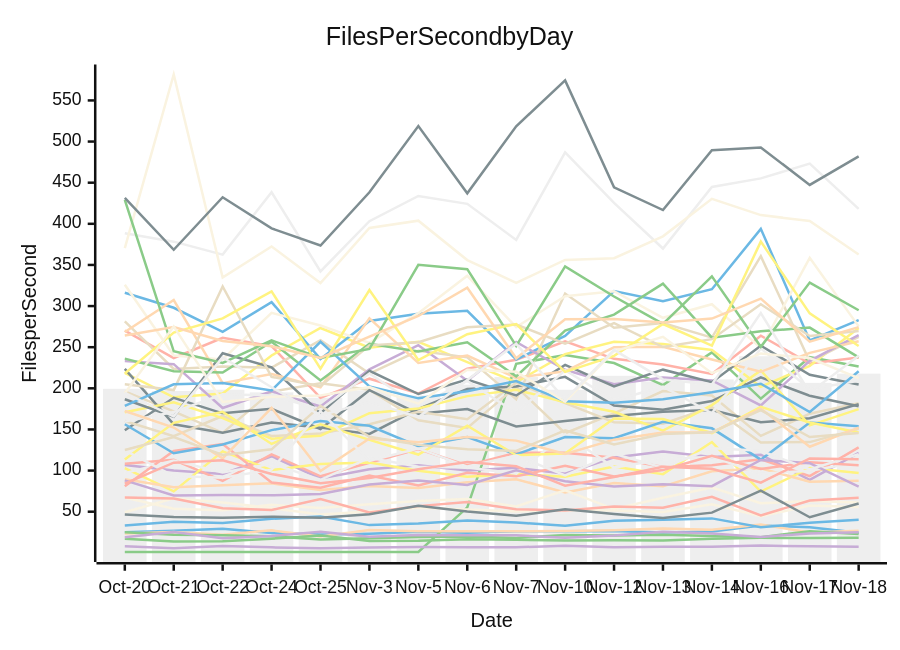
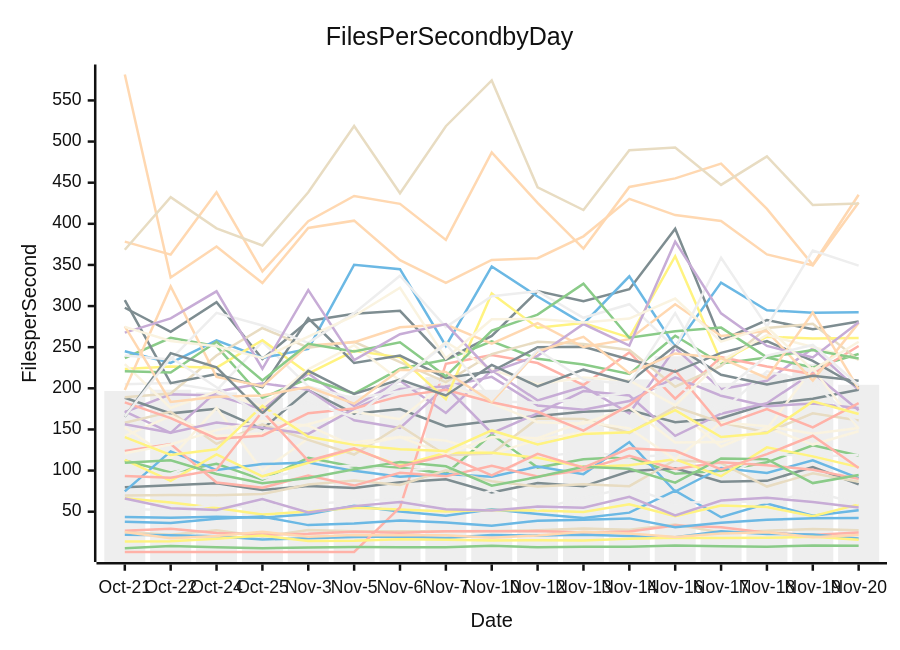
One commit to streetsidesoftware/cspell changed the diagram in perf-report.md. Above: the diagram before and after it, drawn with Mermaid (neutral theme). The commit also changed other lines of this file and 2 other files, not shown here.

````diff
--- a/perf-report.md
+++ b/perf-report.md
@@ -11,57 +11,57 @@
 ```mermaid
 xychart-beta
     title Files Per Second by Day
     y-axis Files per Second
-    x-axis Date [Oct-20, Oct-21, Oct-22, Oct-24, Oct-25, Nov-3, Nov-5, Nov-6, Nov-7, Nov-10, Nov-12, Nov-13, Nov-14, Nov-16, Nov-17, Nov-18]
-    bar [199.37, 196.79, 198.31, 195.08, 188.50, 197.53, 191.30, 204.37, 213.67, 198.26, 215.23, 208.25, 210.82, 238.97, 206.65, 217.84]
-    line [24.95, 26.96, 29.32, 24.14, 22.37, 23.30, 25.53, 24.38, 26.29, 26.08, 26.42, 24.81, 25.86, 33.28, 31.19, 24.38]
-    line [1.00, 1.00, 1.00, 1.00, 1.00, 1.00, 1.00, 55.24, 229.88, 240.51, 230.78, 203.89, 243.63, 187.42, 237.86, 226.45]
-    line [7.96, 5.55, 8.36, 6.66, 5.63, 6.55, 6.95, 6.80, 6.70, 8.74, 6.68, 7.36, 7.28, 8.89, 7.86, 7.37]
-    line [196.36, 171.90, 145.85, 195.93, 206.22, 198.17, 161.08, 151.81, 202.09, 145.44, 169.46, 196.60, 191.20, 142.18, 169.19, 181.94]
-    line [270.15, 236.87, 261.40, 251.33, 188.47, 211.71, 193.66, 223.97, 234.72, 257.12, 235.87, 229.04, 217.57, 263.96, 230.17, 237.48]
-    line [218.77, 189.13, 193.68, 239.98, 273.35, 249.43, 256.58, 231.73, 207.54, 241.66, 256.57, 253.87, 246.51, 201.92, 227.28, 273.31]
-    line [148.98, 188.53, 169.56, 175.04, 150.51, 197.71, 169.15, 174.81, 153.55, 160.37, 166.32, 171.57, 173.57, 158.65, 163.60, 180.83]
-    line [23.43, 25.33, 21.92, 27.33, 19.75, 27.62, 26.37, 26.13, 26.22, 26.38, 27.41, 29.67, 28.01, 34.46, 24.62, 26.88]
-    line [49.27, 66.25, 61.14, 54.40, 46.46, 50.11, 54.79, 52.56, 50.32, 52.20, 51.35, 49.71, 59.15, 44.39, 57.39, 55.71]
-    line [388.55, 378.31, 362.57, 438.35, 342.13, 403.12, 433.88, 424.28, 380.40, 486.76, 425.45, 369.94, 444.86, 455.23, 473.19, 418.11]
-    line [316.16, 297.94, 268.60, 304.78, 235.63, 281.78, 290.77, 294.19, 235.16, 263.73, 318.29, 305.89, 320.49, 393.89, 258.23, 282.90]
-    line [25.16, 22.03, 21.51, 20.05, 16.33, 17.58, 19.22, 19.85, 18.09, 21.66, 21.06, 21.89, 20.40, 19.08, 26.32, 22.99]
-    line [106.77, 99.95, 95.97, 117.43, 90.38, 101.68, 106.46, 99.98, 103.28, 96.07, 116.03, 123.18, 116.39, 119.25, 88.82, 121.42]
-    line [281.48, 223.48, 226.53, 225.12, 258.41, 217.89, 245.63, 237.62, 186.76, 315.24, 273.68, 279.33, 261.66, 360.61, 232.56, 262.68]
-    line [108.27, 113.06, 87.44, 119.66, 93.04, 109.58, 126.12, 106.10, 121.67, 121.71, 115.58, 104.23, 106.50, 113.74, 93.16, 128.26]
-    line [103.01, 74.73, 123.30, 100.60, 107.93, 109.66, 99.65, 92.58, 95.73, 92.52, 104.99, 95.65, 134.65, 74.54, 103.19, 97.14]
-    line [223.58, 156.27, 146.04, 158.31, 152.20, 144.51, 175.00, 199.16, 202.30, 213.91, 179.15, 174.06, 184.56, 213.36, 190.95, 178.24]
-    line [89.41, 79.60, 82.04, 84.51, 76.34, 81.22, 78.86, 85.82, 89.51, 73.32, 84.82, 80.81, 99.19, 102.74, 86.40, 87.53]
-    line [326.00, 239.93, 235.04, 291.68, 276.40, 255.29, 291.36, 336.81, 274.44, 312.01, 318.04, 285.73, 302.25, 248.86, 358.68, 275.32]
-    line [96.85, 112.31, 97.68, 108.35, 88.82, 115.43, 104.61, 103.62, 96.31, 144.08, 103.66, 113.77, 116.66, 96.10, 99.72, 110.04]
-    line [33.11, 37.81, 36.24, 41.43, 44.03, 33.69, 35.67, 39.33, 36.78, 32.79, 39.05, 40.14, 41.86, 31.03, 36.52, 40.13]
-    line [17.05, 13.85, 14.03, 17.10, 21.05, 14.31, 14.75, 16.57, 15.81, 15.06, 15.24, 15.00, 17.22, 18.21, 17.91, 18.25]
-    line [233.06, 229.37, 176.10, 196.37, 177.90, 223.12, 252.36, 209.33, 256.35, 222.55, 205.03, 213.07, 209.57, 179.17, 233.46, 264.64]
-    line [160.22, 141.81, 166.38, 141.94, 145.19, 156.42, 171.45, 162.38, 206.93, 182.01, 158.84, 156.97, 177.01, 134.15, 134.60, 150.67]
-    line [80.94, 123.93, 132.34, 85.53, 79.17, 93.87, 81.75, 97.21, 92.97, 105.80, 92.86, 100.80, 118.00, 101.99, 110.02, 106.56]
-    line [170.91, 182.97, 163.77, 138.75, 142.39, 169.82, 175.50, 190.52, 198.14, 183.09, 171.50, 148.66, 179.60, 221.70, 154.91, 174.70]
-    line [186.73, 165.39, 242.72, 225.43, 169.80, 221.29, 193.06, 210.68, 191.30, 228.42, 202.21, 222.67, 207.51, 251.74, 216.50, 204.65]
-    line [268.53, 307.28, 206.33, 217.49, 201.10, 285.18, 230.89, 239.86, 212.69, 220.64, 249.81, 250.50, 234.95, 220.08, 243.07, 257.31]
-    line [67.15, 53.54, 51.87, 58.31, 54.40, 59.05, 63.00, 65.34, 56.44, 75.90, 53.22, 66.88, 79.34, 60.36, 62.89, 61.13]
-    line [159.49, 171.10, 192.78, 191.37, 174.29, 217.96, 178.42, 209.10, 170.02, 221.91, 185.33, 201.98, 169.69, 248.53, 198.86, 209.17]
-    line [156.35, 121.08, 131.79, 149.18, 160.21, 154.52, 129.77, 140.65, 119.71, 140.68, 139.42, 159.42, 151.36, 113.27, 158.34, 153.96]
-    line [236.08, 220.88, 219.16, 256.62, 209.53, 254.06, 244.83, 256.05, 214.61, 270.08, 289.61, 327.30, 261.54, 269.45, 273.83, 237.58]
-    line [88.06, 69.61, 70.25, 69.88, 71.42, 83.10, 87.87, 82.40, 100.31, 86.94, 80.60, 83.49, 81.08, 112.95, 109.00, 80.57]
-    line [204.99, 197.92, 323.88, 213.93, 202.52, 252.23, 256.11, 274.23, 277.54, 254.29, 279.19, 250.20, 259.75, 302.13, 263.51, 269.60]
-    line [67.41, 66.13, 54.31, 52.03, 65.25, 49.02, 56.78, 61.66, 53.00, 51.36, 56.25, 54.79, 68.17, 45.48, 63.62, 67.01]
-    line [113.50, 158.05, 171.36, 132.38, 156.15, 137.28, 119.47, 154.44, 118.56, 120.82, 163.18, 162.73, 145.60, 177.40, 158.43, 146.21]
-    line [46.53, 43.54, 42.59, 43.99, 42.66, 46.86, 57.12, 50.26, 44.96, 52.89, 47.17, 42.40, 48.87, 75.68, 43.23, 59.94]
-    line [172.40, 152.34, 114.90, 176.25, 99.39, 139.03, 134.52, 140.79, 136.42, 120.17, 137.59, 146.37, 146.54, 175.32, 128.97, 152.20]
-    line [370.45, 581.53, 334.74, 372.46, 327.93, 394.96, 403.82, 355.89, 328.31, 356.02, 358.21, 384.78, 430.42, 410.61, 403.44, 362.79]
-    line [124.47, 93.34, 91.16, 101.08, 171.93, 111.86, 126.91, 104.86, 118.31, 94.15, 120.34, 103.60, 127.14, 124.11, 101.43, 119.96]
-    line [178.54, 204.92, 206.57, 197.43, 256.60, 202.25, 187.81, 196.52, 208.74, 184.16, 182.55, 186.64, 195.17, 205.52, 171.16, 220.75]
-    line [429.01, 245.01, 230.93, 258.25, 236.94, 247.84, 350.22, 344.89, 251.52, 348.16, 311.63, 278.27, 336.11, 250.48, 328.56, 294.90]
-    line [18.81, 25.32, 17.74, 20.58, 25.51, 19.46, 21.60, 21.45, 21.30, 18.35, 21.09, 25.51, 23.62, 19.35, 23.58, 25.01]
-    line [125.02, 140.68, 119.01, 125.81, 178.69, 141.07, 131.24, 125.88, 123.88, 148.80, 131.70, 144.48, 146.46, 173.42, 140.77, 145.68]
-    line [84.05, 109.59, 112.56, 95.92, 84.60, 91.01, 101.64, 110.52, 105.15, 81.62, 92.24, 104.72, 102.11, 85.32, 114.70, 113.79]
-    line [217.93, 267.67, 285.04, 317.95, 223.78, 319.42, 234.42, 265.85, 278.09, 219.92, 239.43, 278.17, 251.99, 378.34, 291.11, 251.52]
-    line [431.43, 368.45, 432.30, 394.44, 373.62, 438.31, 518.91, 437.11, 518.64, 574.29, 444.36, 416.74, 489.48, 492.83, 447.31, 482.01]
-    line [264.24, 274.64, 257.62, 251.09, 236.85, 262.94, 287.92, 322.31, 236.45, 283.86, 284.35, 279.96, 284.82, 309.10, 256.69, 274.41]
-    line [193.99, 275.35, 183.43, 189.64, 191.38, 201.59, 181.36, 222.61, 220.01, 183.65, 245.06, 262.64, 218.43, 242.38, 236.75, 212.37]
-    line [194.31, 165.66, 237.49, 201.27, 167.00, 183.56, 164.82, 210.07, 254.11, 186.18, 246.80, 210.80, 204.64, 291.50, 194.63, 239.67]
+    x-axis Date [Oct-21, Oct-22, Oct-24, Oct-25, Nov-3, Nov-5, Nov-6, Nov-7, Nov-10, Nov-12, Nov-13, Nov-14, Nov-16, Nov-17, Nov-18, Nov-19, Nov-20]
+    bar [196.79, 198.31, 195.08, 188.50, 197.53, 191.30, 204.37, 213.67, 198.26, 215.23, 208.25, 210.82, 238.97, 206.65, 217.84, 229.81, 204.28]
+    line [43.54, 42.59, 43.99, 42.66, 46.86, 57.12, 50.26, 44.96, 52.89, 47.17, 42.40, 48.87, 75.68, 43.23, 59.94, 45.01, 51.72]
+    line [112.31, 97.68, 108.35, 88.82, 115.43, 104.61, 103.62, 96.31, 144.08, 103.66, 113.77, 116.66, 96.10, 99.72, 110.04, 130.67, 118.22]
+    line [171.10, 192.78, 191.37, 174.29, 217.96, 178.42, 209.10, 170.02, 221.91, 185.33, 201.98, 169.69, 248.53, 198.86, 209.17, 248.49, 197.83]
+    line [25.33, 21.92, 27.33, 19.75, 27.62, 26.37, 26.13, 26.22, 26.38, 27.41, 29.67, 28.01, 34.46, 24.62, 26.88, 29.05, 27.58]
+    line [26.96, 29.32, 24.14, 22.37, 23.30, 25.53, 24.38, 26.29, 26.08, 26.42, 24.81, 25.86, 33.28, 31.19, 24.38, 21.77, 24.56]
+    line [66.25, 61.14, 54.40, 46.46, 50.11, 54.79, 52.56, 50.32, 52.20, 51.35, 49.71, 59.15, 44.39, 57.39, 55.71, 44.49, 58.88]
+    line [188.53, 169.56, 175.04, 150.51, 197.71, 169.15, 174.81, 153.55, 160.37, 166.32, 171.57, 173.57, 158.65, 163.60, 180.83, 187.20, 198.17]
+    line [378.31, 362.57, 438.35, 342.13, 403.12, 433.88, 424.28, 380.40, 486.76, 425.45, 369.94, 444.86, 455.23, 473.19, 418.11, 350.16, 435.36]
+    line [152.34, 114.90, 176.25, 99.39, 139.03, 134.52, 140.79, 136.42, 120.17, 137.59, 146.37, 146.54, 175.32, 128.97, 152.20, 131.62, 147.72]
+    line [99.95, 95.97, 117.43, 90.38, 101.68, 106.46, 99.98, 103.28, 96.07, 116.03, 123.18, 116.39, 119.25, 88.82, 121.42, 116.77, 119.13]
+    line [22.03, 21.51, 20.05, 16.33, 17.58, 19.22, 19.85, 18.09, 21.66, 21.06, 21.89, 20.40, 19.08, 26.32, 22.99, 22.31, 17.30]
+    line [236.87, 261.40, 251.33, 188.47, 211.71, 193.66, 223.97, 234.72, 257.12, 235.87, 229.04, 217.57, 263.96, 230.17, 237.48, 225.46, 241.65]
+    line [171.90, 145.85, 195.93, 206.22, 198.17, 161.08, 151.81, 202.09, 145.44, 169.46, 196.60, 191.20, 142.18, 169.19, 181.94, 218.95, 173.37]
+    line [158.05, 171.36, 132.38, 156.15, 137.28, 119.47, 154.44, 118.56, 120.82, 163.18, 162.73, 145.60, 177.40, 158.43, 146.21, 169.65, 160.77]
+    line [1.00, 1.00, 1.00, 1.00, 1.00, 1.00, 55.24, 229.88, 240.51, 230.78, 203.89, 243.63, 187.42, 237.86, 226.45, 217.28, 251.44]
+    line [13.85, 14.03, 17.10, 21.05, 14.31, 14.75, 16.57, 15.81, 15.06, 15.24, 15.00, 17.22, 18.21, 17.91, 18.25, 19.44, 15.85]
+    line [79.60, 82.04, 84.51, 76.34, 81.22, 78.86, 85.82, 89.51, 73.32, 84.82, 80.81, 99.19, 102.74, 86.40, 87.53, 104.19, 83.22]
+    line [25.32, 17.74, 20.58, 25.51, 19.46, 21.60, 21.45, 21.30, 18.35, 21.09, 25.51, 23.62, 19.35, 23.58, 25.01, 19.06, 21.71]
+    line [141.81, 166.38, 141.94, 145.19, 156.42, 171.45, 162.38, 206.93, 182.01, 158.84, 156.97, 177.01, 134.15, 134.60, 150.67, 224.37, 150.96]
+    line [53.54, 51.87, 58.31, 54.40, 59.05, 63.00, 65.34, 56.44, 75.90, 53.22, 66.88, 79.34, 60.36, 62.89, 61.13, 74.10, 59.99]
+    line [74.73, 123.30, 100.60, 107.93, 109.66, 99.65, 92.58, 95.73, 92.52, 104.99, 95.65, 134.65, 74.54, 103.19, 97.14, 112.35, 90.90]
+    line [5.55, 8.36, 6.66, 5.63, 6.55, 6.95, 6.80, 6.70, 8.74, 6.68, 7.36, 7.28, 8.89, 7.86, 7.37, 8.95, 8.51]
+    line [156.27, 146.04, 158.31, 152.20, 144.51, 175.00, 199.16, 202.30, 213.91, 179.15, 174.06, 184.56, 213.36, 190.95, 178.24, 181.48, 176.13]
+    line [69.61, 70.25, 69.88, 71.42, 83.10, 87.87, 82.40, 100.31, 86.94, 80.60, 83.49, 81.08, 112.95, 109.00, 80.57, 96.66, 86.29]
+    line [123.93, 132.34, 85.53, 79.17, 93.87, 81.75, 97.21, 92.97, 105.80, 92.86, 100.80, 118.00, 101.99, 110.02, 106.56, 100.86, 89.90]
+    line [113.06, 87.44, 119.66, 93.04, 109.58, 126.12, 106.10, 121.67, 121.71, 115.58, 104.23, 106.50, 113.74, 93.16, 128.26, 117.29, 104.16]
+    line [297.94, 268.60, 304.78, 235.63, 281.78, 290.77, 294.19, 235.16, 263.73, 318.29, 305.89, 320.49, 393.89, 258.23, 282.90, 271.83, 281.13]
+    line [581.53, 334.74, 372.46, 327.93, 394.96, 403.82, 355.89, 328.31, 356.02, 358.21, 384.78, 430.42, 410.61, 403.44, 362.79, 349.62, 425.99]
+    line [121.08, 131.79, 149.18, 160.21, 154.52, 129.77, 140.65, 119.71, 140.68, 139.42, 159.42, 151.36, 113.27, 158.34, 153.96, 144.89, 151.69]
+    line [204.92, 206.57, 197.43, 256.60, 202.25, 187.81, 196.52, 208.74, 184.16, 182.55, 186.64, 195.17, 205.52, 171.16, 220.75, 207.26, 156.32]
+    line [245.01, 230.93, 258.25, 236.94, 247.84, 350.22, 344.89, 251.52, 348.16, 311.63, 278.27, 336.11, 250.48, 328.56, 294.90, 291.94, 292.58]
+    line [109.59, 112.56, 95.92, 84.60, 91.01, 101.64, 110.52, 105.15, 81.62, 92.24, 104.72, 102.11, 85.32, 114.70, 113.79, 84.79, 94.70]
+    line [66.13, 54.31, 52.03, 65.25, 49.02, 56.78, 61.66, 53.00, 51.36, 56.25, 54.79, 68.17, 45.48, 63.62, 67.01, 61.66, 55.18]
+    line [189.13, 193.68, 239.98, 273.35, 249.43, 256.58, 231.73, 207.54, 241.66, 256.57, 253.87, 246.51, 201.92, 227.28, 273.31, 278.44, 234.26]
+    line [182.97, 163.77, 138.75, 142.39, 169.82, 175.50, 190.52, 198.14, 183.09, 171.50, 148.66, 179.60, 221.70, 154.91, 174.70, 152.47, 182.03]
+    line [223.48, 226.53, 225.12, 258.41, 217.89, 245.63, 237.62, 186.76, 315.24, 273.68, 279.33, 261.66, 360.61, 232.56, 262.68, 260.50, 261.27]
+    line [307.28, 206.33, 217.49, 201.10, 285.18, 230.89, 239.86, 212.69, 220.64, 249.81, 250.50, 234.95, 220.08, 243.07, 257.31, 233.28, 201.28]
+    line [197.92, 323.88, 213.93, 202.52, 252.23, 256.11, 274.23, 277.54, 254.29, 279.19, 250.20, 259.75, 302.13, 263.51, 269.60, 209.51, 279.56]
+    line [229.37, 176.10, 196.37, 177.90, 223.12, 252.36, 209.33, 256.35, 222.55, 205.03, 213.07, 209.57, 179.17, 233.46, 264.64, 250.26, 235.07]
+    line [239.93, 235.04, 291.68, 276.40, 255.29, 291.36, 336.81, 274.44, 312.01, 318.04, 285.73, 302.25, 248.86, 358.68, 275.32, 367.42, 349.18]
+    line [37.81, 36.24, 41.43, 44.03, 33.69, 35.67, 39.33, 36.78, 32.79, 39.05, 40.14, 41.86, 31.03, 36.52, 40.13, 42.13, 42.40]
+    line [220.88, 219.16, 256.62, 209.53, 254.06, 244.83, 256.05, 214.61, 270.08, 289.61, 327.30, 261.54, 269.45, 273.83, 237.58, 246.50, 236.20]
+    line [267.67, 285.04, 317.95, 223.78, 319.42, 234.42, 265.85, 278.09, 219.92, 239.43, 278.17, 251.99, 378.34, 291.11, 251.52, 237.49, 280.27]
+    line [368.45, 432.30, 394.44, 373.62, 438.31, 518.91, 437.11, 518.64, 574.29, 444.36, 416.74, 489.48, 492.83, 447.31, 482.01, 422.75, 424.60]
+    line [93.34, 91.16, 101.08, 171.93, 111.86, 126.91, 104.86, 118.31, 94.15, 120.34, 103.60, 127.14, 124.11, 101.43, 119.96, 142.34, 103.04]
+    line [140.68, 119.01, 125.81, 178.69, 141.07, 131.24, 125.88, 123.88, 148.80, 131.70, 144.48, 146.46, 173.42, 140.77, 145.68, 184.15, 168.82]
+    line [165.39, 242.72, 225.43, 169.80, 221.29, 193.06, 210.68, 191.30, 228.42, 202.21, 222.67, 207.51, 251.74, 216.50, 204.65, 215.27, 209.30]
+    line [275.35, 183.43, 189.64, 191.38, 201.59, 181.36, 222.61, 220.01, 183.65, 245.06, 262.64, 218.43, 242.38, 236.75, 212.37, 292.14, 199.00]
+    line [274.64, 257.62, 251.09, 236.85, 262.94, 287.92, 322.31, 236.45, 283.86, 284.35, 279.96, 284.82, 309.10, 256.69, 274.41, 222.36, 256.68]
+    line [165.66, 237.49, 201.27, 167.00, 183.56, 164.82, 210.07, 254.11, 186.18, 246.80, 210.80, 204.64, 291.50, 194.63, 239.67, 252.69, 203.66]
 ```
````
